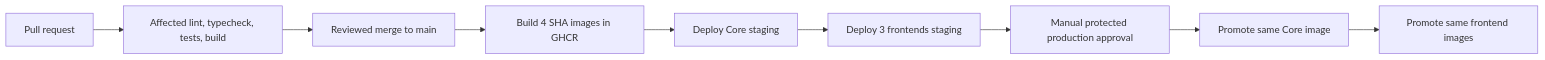
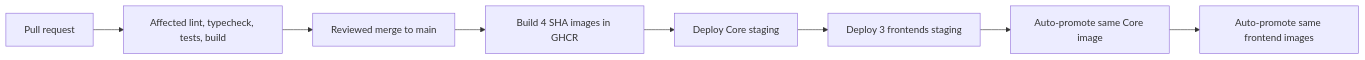
The diagram in docs/infrastructure/ci-cd.md (csi-spu/showcase), drawn with Mermaid before and after one commit. The commit also changed other lines of this file and 3 other files, not shown here.

First line of the commit message:
feat(ci): auto-promote production after a successful staging deploy

````diff
--- a/docs/infrastructure/ci-cd.md
+++ b/docs/infrastructure/ci-cd.md
@@ -5,11 +5,10 @@
 ```mermaid
 flowchart LR
   PR[Pull request] --> CI[Affected lint, typecheck, tests, build]
   CI --> Main[Reviewed merge to main]
   Main --> Images[Build 4 SHA images in GHCR]
   Images --> StagingCore[Deploy Core staging]
   StagingCore --> StagingWeb[Deploy 3 frontends staging]
-  StagingWeb --> Approval[Manual protected production approval]
-  Approval --> ProdCore[Promote same Core image]
-  ProdCore --> ProdWeb[Promote same frontend images]
+  StagingWeb --> ProdCore[Auto-promote same Core image]
+  ProdCore --> ProdWeb[Auto-promote same frontend images]
 ```
````
